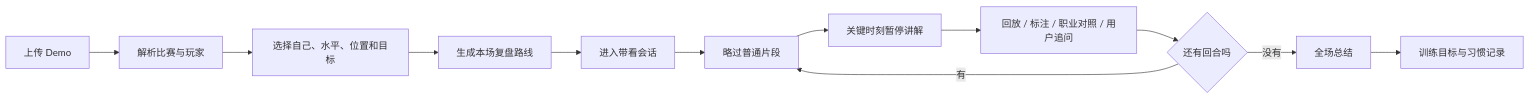
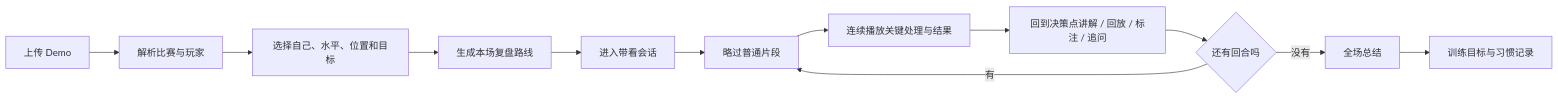
Before and after one commit to Vek-John/CS-agent: the diagram in PRD.md, drawn with Mermaid. The commit also changed other lines of this file and 67 other files, not shown here.

````diff
--- a/PRD.md
+++ b/PRD.md
@@ -141,14 +141,14 @@
 ```mermaid
 flowchart LR
     A["上传 Demo"] --> B["解析比赛与玩家"]
     B --> C["选择自己、水平、位置和目标"]
     C --> D["生成本场复盘路线"]
     D --> E["进入带看会话"]
     E --> F["略过普通片段"]
-    F --> G["关键时刻暂停讲解"]
-    G --> H["回放 / 标注 / 职业对照 / 用户追问"]
+    F --> G["连续播放关键处理与结果"]
+    G --> H["回到决策点讲解 / 回放 / 标注 / 追问"]
     H --> I{"还有回合吗"}
     I -- "有" --> F
     I -- "没有" --> J["全场总结"]
     J --> K["训练目标与习惯记录"]
 ```
````
